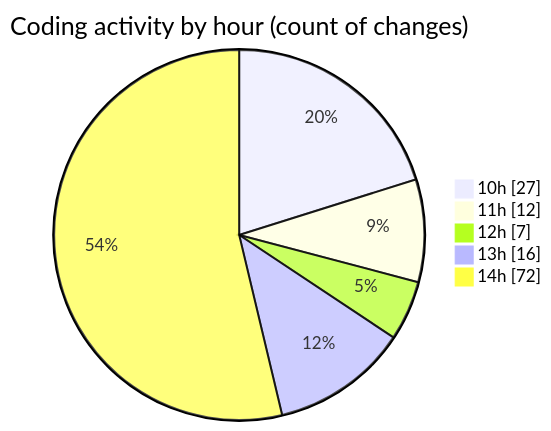
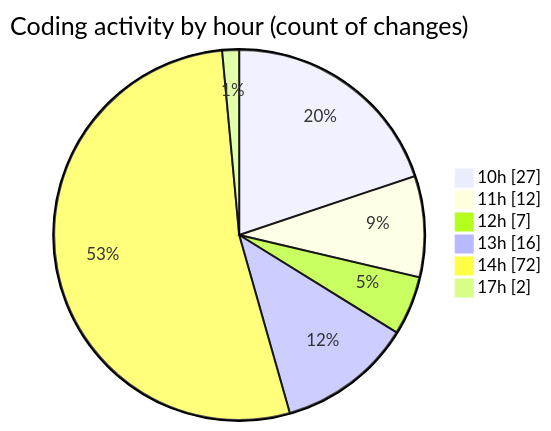
Before and after one commit to MatusMokan/code-tracking: the second of 2 diagrams in 2025-03-01/myws__workspace_/README.md, drawn with Mermaid. The commit also changed other lines of this file and 1 other file, not shown here.

````diff
--- a/2025-03-01/myws__workspace_/README.md
+++ b/2025-03-01/myws__workspace_/README.md
@@ -40,9 +41,10 @@
 ```mermaid
 pie showData
 title Coding activity by hour (count of changes)
 "10h" : 27
 "11h" : 12
 "12h" : 7
 "13h" : 16
 "14h" : 72
+"17h" : 2
 ```
````
